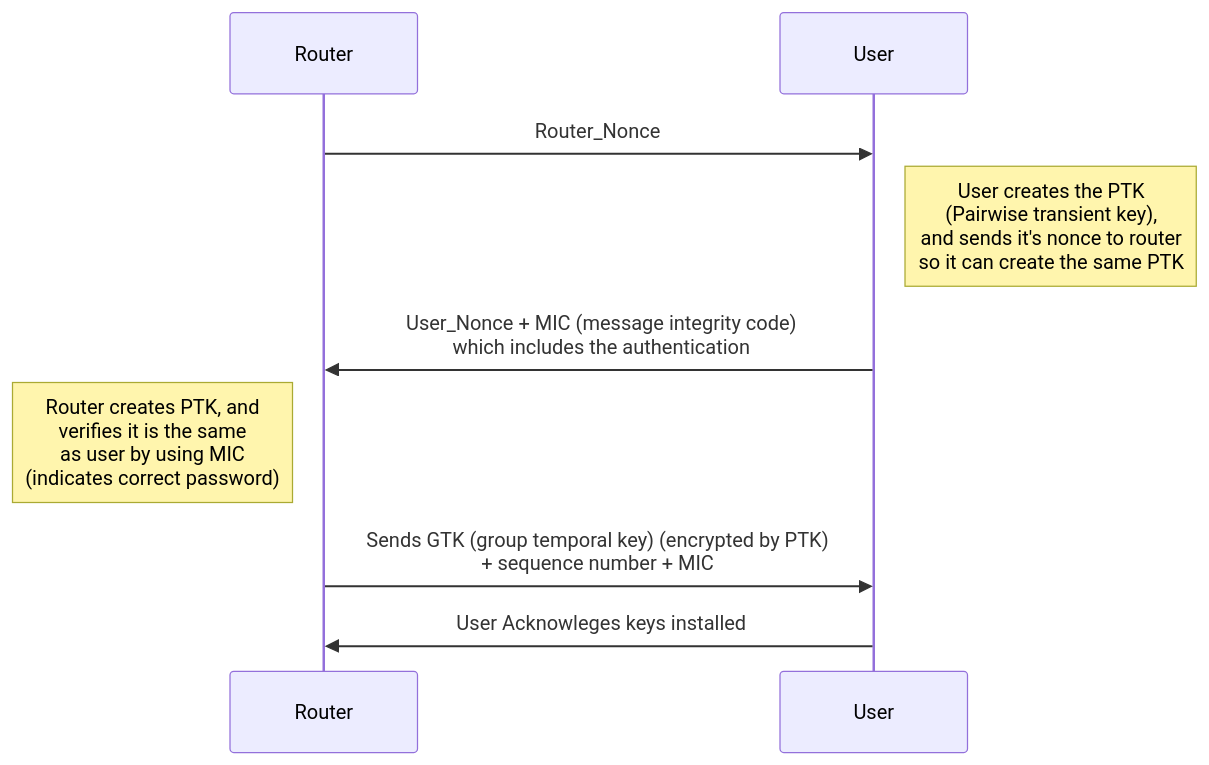
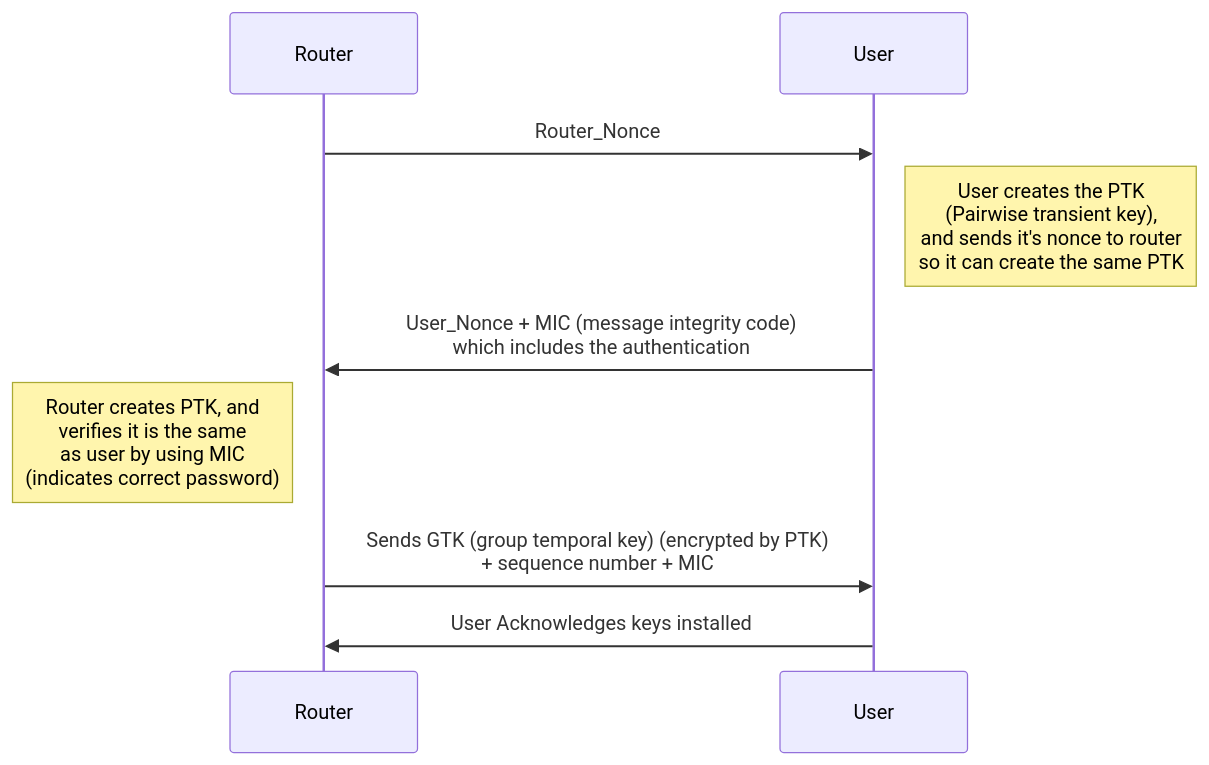
One commit to svecile/Airgeddon_Notes changed the diagram in README.md. Above: the diagram before and after it, drawn with Mermaid. The commit also changed other lines of this file, not shown here.

````diff
--- a/README.md
+++ b/README.md
@@ -81,9 +81,9 @@
 ```mermaid
 sequenceDiagram
 	Router->>User: Router_Nonce
 	Note Right of User: User creates the PTK<br/> (Pairwise transient key), <br/>and sends it's nonce to router<br/>so it can create the same PTK
 	User->>Router: User_Nonce + MIC (message integrity code)<br/> which includes the authentication
 	Note Left of Router: Router creates PTK, and <br/>verifies it is the same <br/>as user by using MIC<br/>(indicates correct password)
 	Router->>User: Sends GTK (group temporal key) (encrypted by PTK)<br/> + sequence number + MIC
-	User->>Router: User Acknowleges keys installed
+	User->>Router: User Acknowledges keys installed
 ```
````
